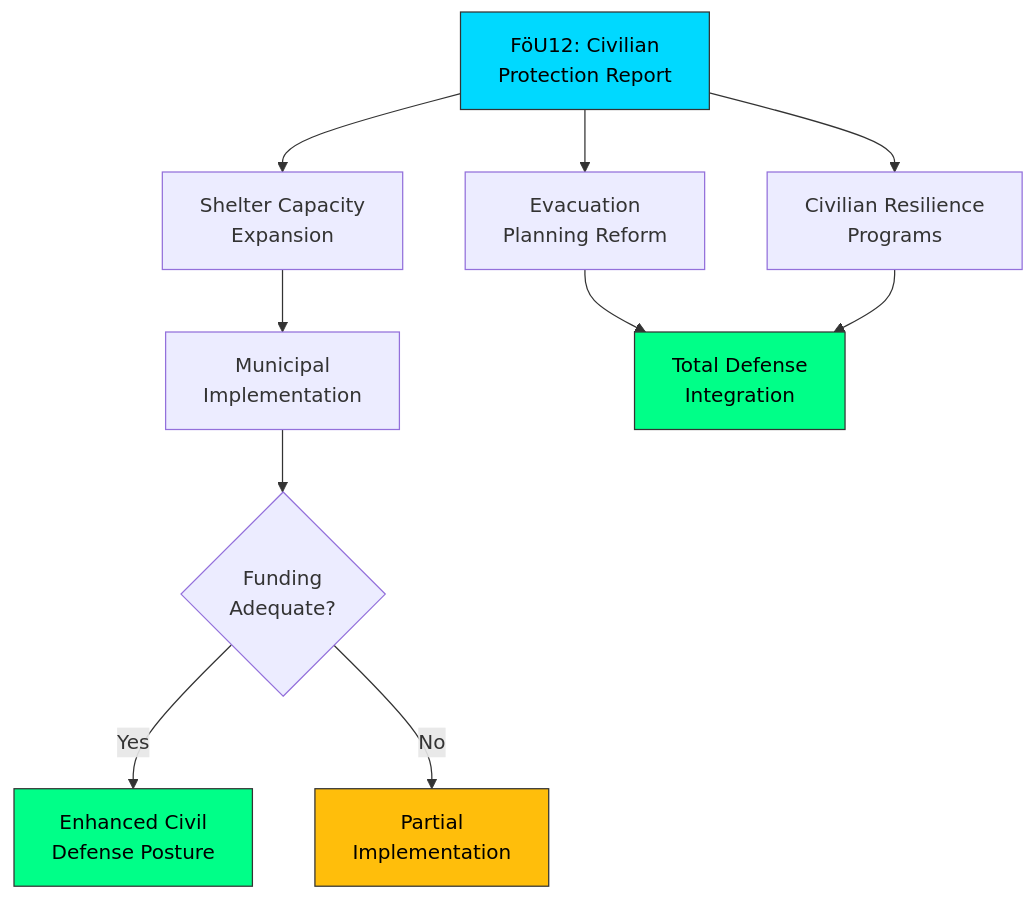
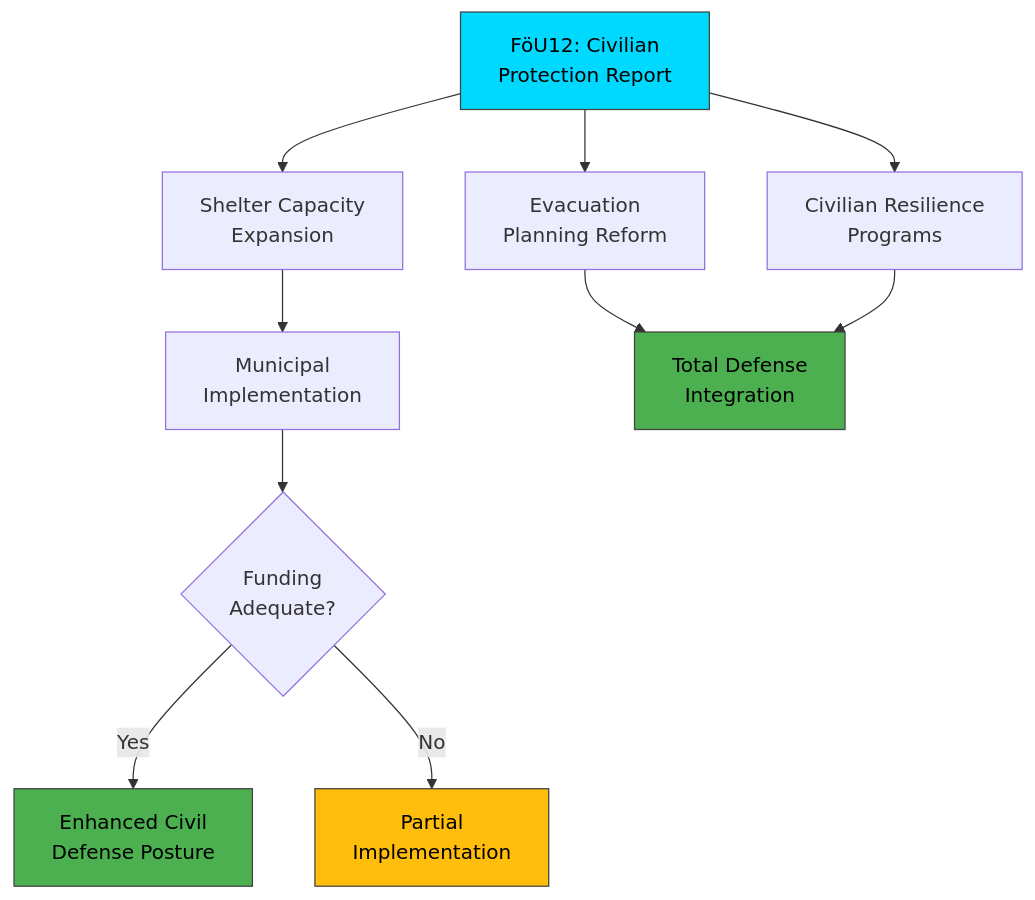
The diagram in analysis/daily/2026-04-03/realtime-2200/documents/HD01FoU12-analysis.md (Hack23/riksdagsmonitor), drawn with Mermaid before and after one commit. The commit also changed 785 other files, not shown here.

First line of the commit message:
Normalize mermaid colors across 786 analysis artifacts to ISMS Style Guide palette

````diff
--- a/analysis/daily/2026-04-03/realtime-2200/documents/HD01FoU12-analysis.md
+++ b/analysis/daily/2026-04-03/realtime-2200/documents/HD01FoU12-analysis.md
@@ -60,17 +60,17 @@
 ```mermaid
 flowchart TD
     A["FöU12: Civilian<br/>Protection Report"] --> B["Shelter Capacity<br/>Expansion"]
     A --> C["Evacuation<br/>Planning Reform"]
     A --> D["Civilian Resilience<br/>Programs"]
     B --> E["Municipal<br/>Implementation"]
     C --> F["Total Defense<br/>Integration"]
     D --> F
     E --> G{"Funding<br/>Adequate?"}
     G -->|"Yes"| H["Enhanced Civil<br/>Defense Posture"]
     G -->|"No"| I["Partial<br/>Implementation"]
     
-    style A fill:#00d9ff,stroke:#333,color:#000
-    style F fill:#00ff88,stroke:#333,color:#000
-    style H fill:#00ff88,stroke:#333,color:#000
-    style I fill:#ffbe0b,stroke:#333,color:#000
+    style A fill:#00d9ff,stroke:#424242,color:#000000
+    style F fill:#4CAF50,stroke:#424242,color:#000000
+    style H fill:#4CAF50,stroke:#424242,color:#000000
+    style I fill:#ffbe0b,stroke:#424242,color:#000000
 ```
````
